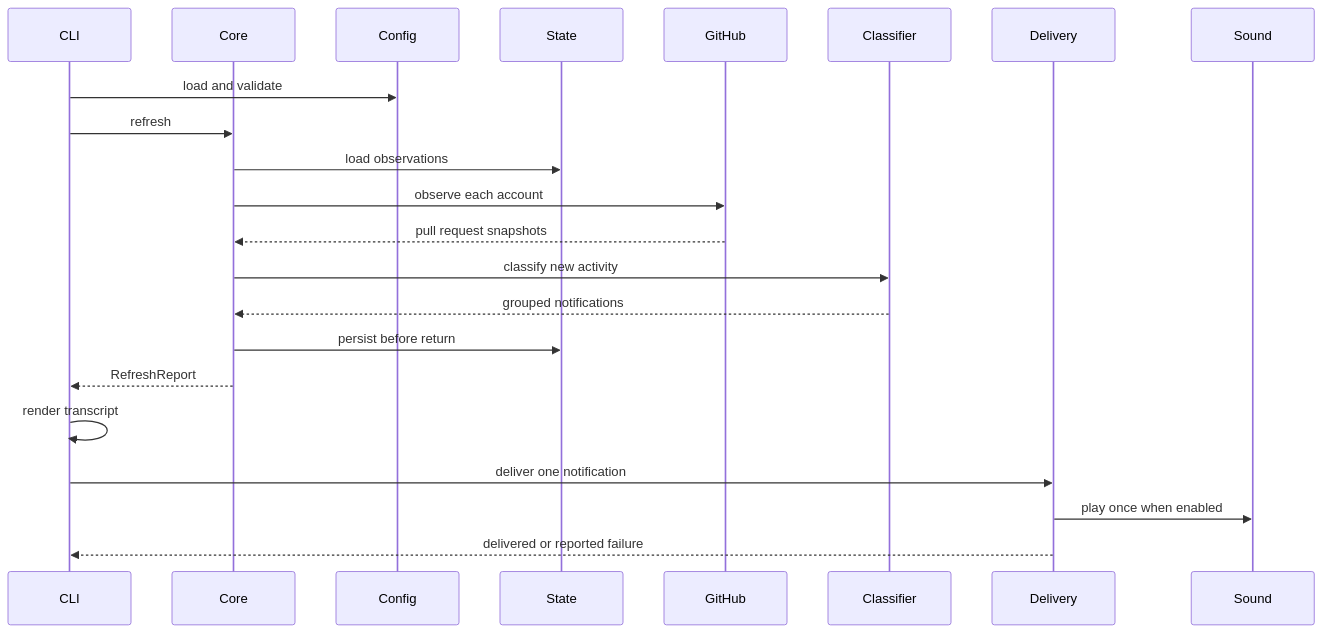
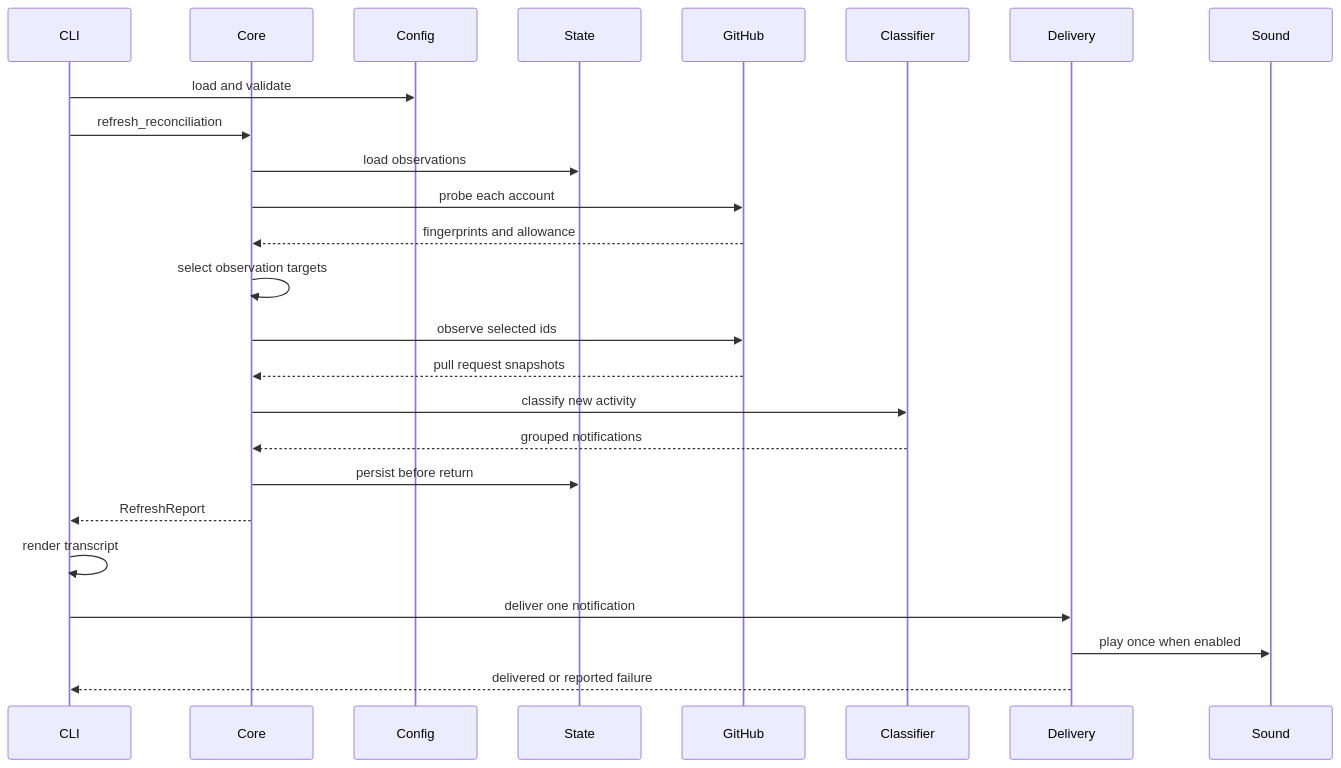
One commit to buster/passuff changed the first of 5 diagrams in docs/arc42/06-runtime-view.md. Above: the diagram before and after it, drawn with Mermaid. The commit also changed other lines of this file and 20 other files, not shown here.

Commit message:
docs(arc42): record probe-selected observation and the reconciliation sweep

````diff
--- a/docs/arc42/06-runtime-view.md
+++ b/docs/arc42/06-runtime-view.md
@@ -8,25 +8,28 @@
 ```mermaid
 sequenceDiagram
     participant CLI
     participant Core
     participant Config
     participant State
     participant GitHub
     participant Classifier
     participant Delivery
     participant Sound
 
     CLI->>Config: load and validate
-    CLI->>Core: refresh
+    CLI->>Core: refresh_reconciliation
     Core->>State: load observations
-    Core->>GitHub: observe each account
+    Core->>GitHub: probe each account
+    GitHub-->>Core: fingerprints and allowance
+    Core->>Core: select observation targets
+    Core->>GitHub: observe selected ids
     GitHub-->>Core: pull request snapshots
     Core->>Classifier: classify new activity
     Classifier-->>Core: grouped notifications
     Core->>State: persist before return
     Core-->>CLI: RefreshReport
     CLI->>CLI: render transcript
     CLI->>Delivery: deliver one notification
     Delivery->>Sound: play once when enabled
     Delivery-->>CLI: delivered or reported failure
 ```
````
